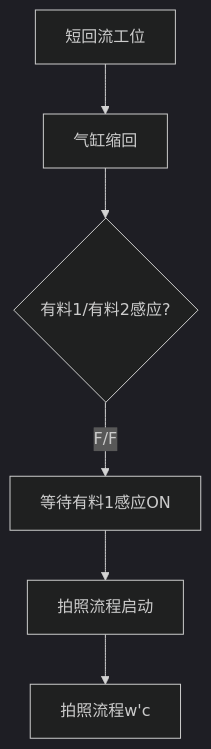
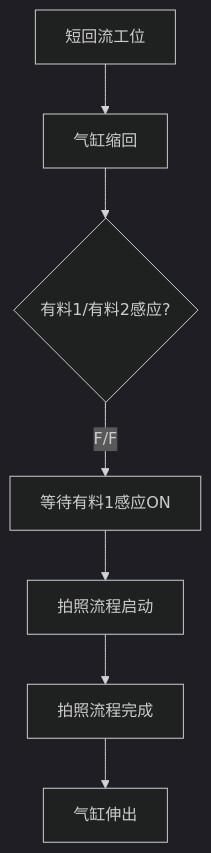
Before and after one commit to zmq000/iodraw-files: the diagram in all/未命名.md, drawn with Mermaid (dark theme).

Commit message:
2026-06-17 20:58:48 update

````diff
--- a/all/未命名.md
+++ b/all/未命名.md
@@ -1,9 +1,10 @@
 ```mermaid
 graph TD
 0[短回流工位]-->10
 10[气缸缩回]-->20
 20{有料1/有料2感应?}-->|F/F|30
 30[等待有料1感应ON]-->40
 40[拍照流程启动]-->50
-50[拍照流程w'c]
+50[拍照流程完成]-->60
+60[气缸伸出]
 ```
````
